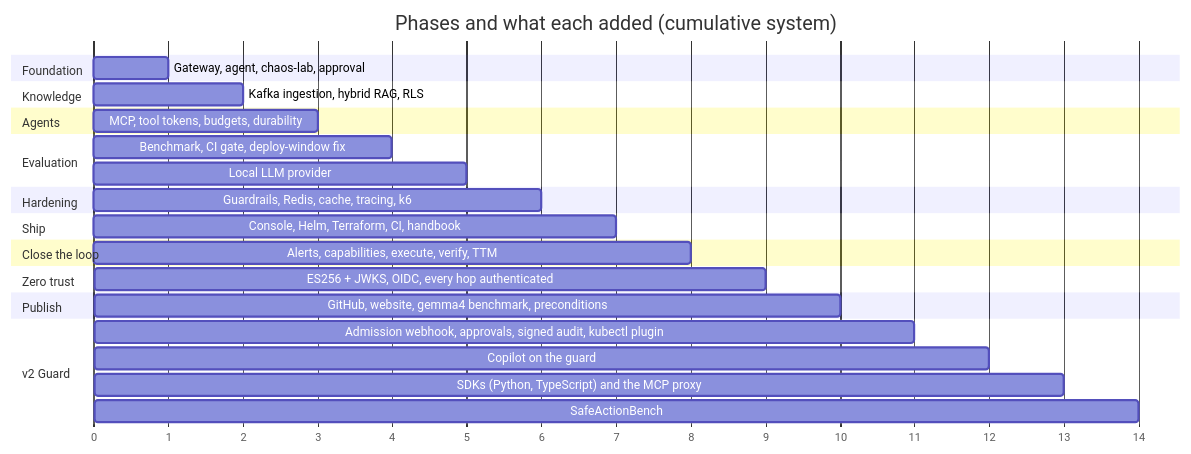
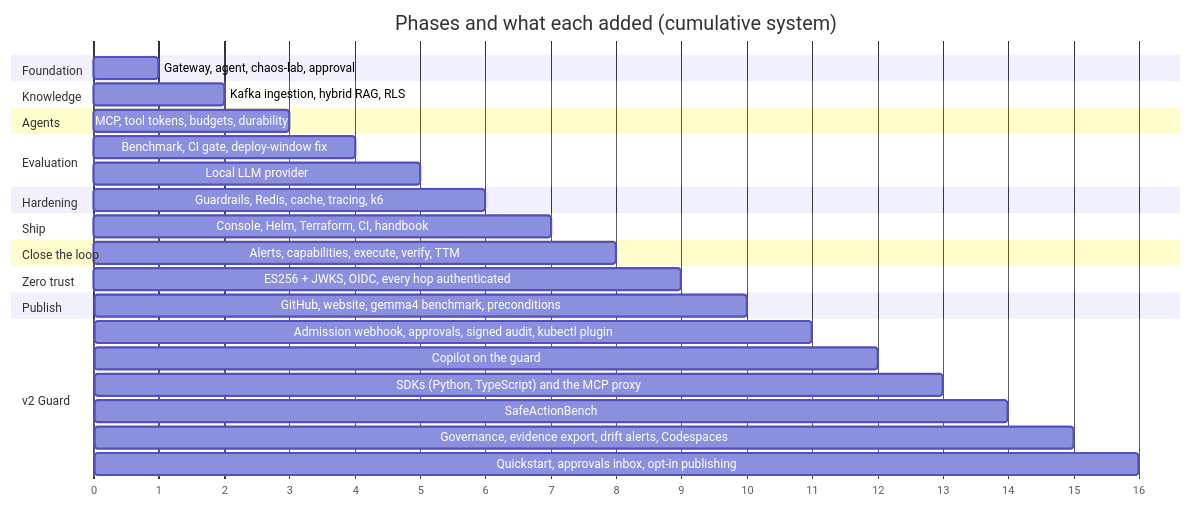
Before and after one commit to abdulmdev/sentinel-incident-copilot: the diagram in docs/handbook/diagrams/15-gantt.mmd, drawn with Mermaid. The commit also changed 64 other files, not shown here.

First line of the commit message:
Try it in one command: docker compose quickstart, an approvals inbox, the guard dashboard, and release-ready packages

```diff
--- a/docs/handbook/diagrams/15-gantt.mmd
+++ b/docs/handbook/diagrams/15-gantt.mmd
@@ -1,28 +1,30 @@
 gantt
   title Phases and what each added (cumulative system)
   dateFormat X
   axisFormat %s
   section Foundation
   Gateway, agent, chaos-lab, approval      :p1, 0, 1
   section Knowledge
   Kafka ingestion, hybrid RAG, RLS         :p2, 1, 2
   section Agents
   MCP, tool tokens, budgets, durability    :p3, 2, 3
   section Evaluation
   Benchmark, CI gate, deploy-window fix    :p4, 3, 4
   Local LLM provider                       :p4b, 4, 5
   section Hardening
   Guardrails, Redis, cache, tracing, k6    :p5, 5, 6
   section Ship
   Console, Helm, Terraform, CI, handbook   :p6, 6, 7
   section Close the loop
   Alerts, capabilities, execute, verify, TTM :p7, 7, 8
   section Zero trust
   ES256 + JWKS, OIDC, every hop authenticated :p8, 8, 9
   section Publish
   GitHub, website, gemma4 benchmark, preconditions :p9, 9, 10
   section v2 Guard
   Admission webhook, approvals, signed audit, kubectl plugin :p10, 10, 11
   Copilot on the guard: one safety core               :p11, 11, 12
   SDKs (Python, TypeScript) and the MCP proxy          :p12, 12, 13
   SafeActionBench: harm with and without a guard        :p13, 13, 14
+  Governance, evidence export, drift alerts, Codespaces :p14, 14, 15
+  Quickstart, approvals inbox, opt-in publishing        :p15, 15, 16
```
